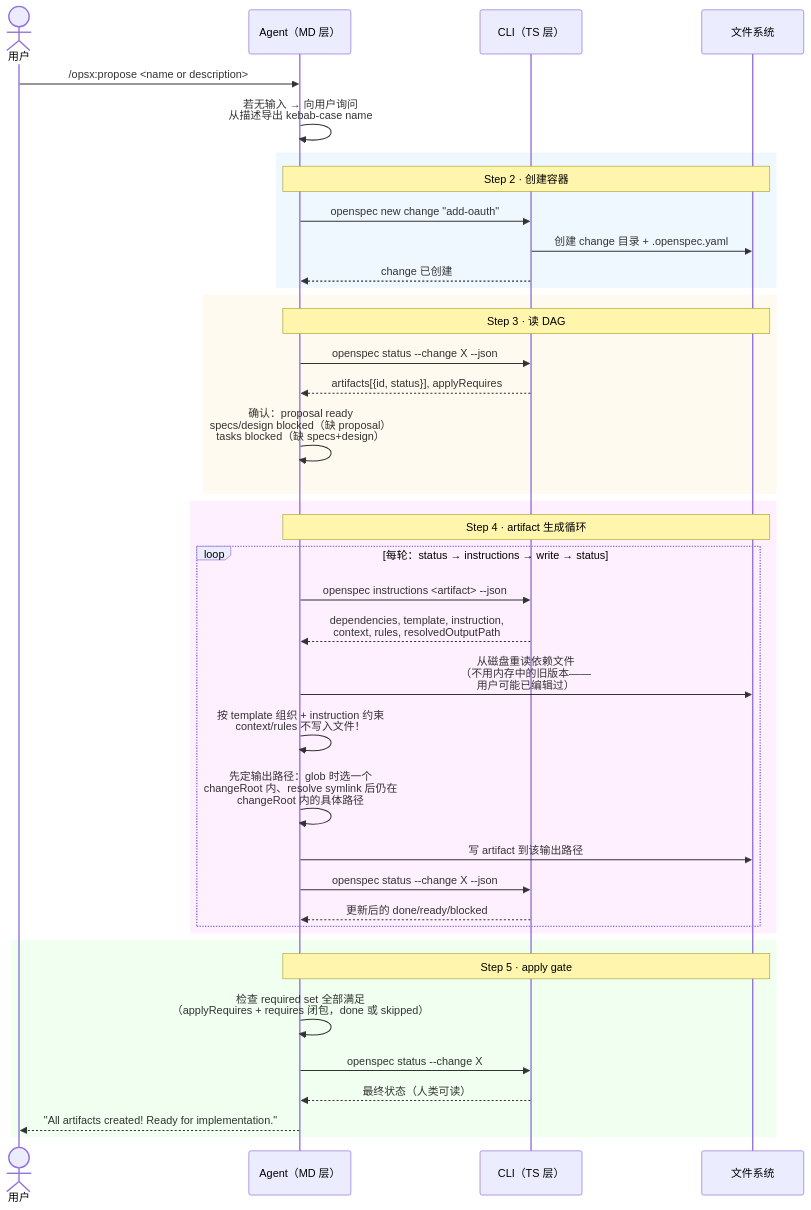
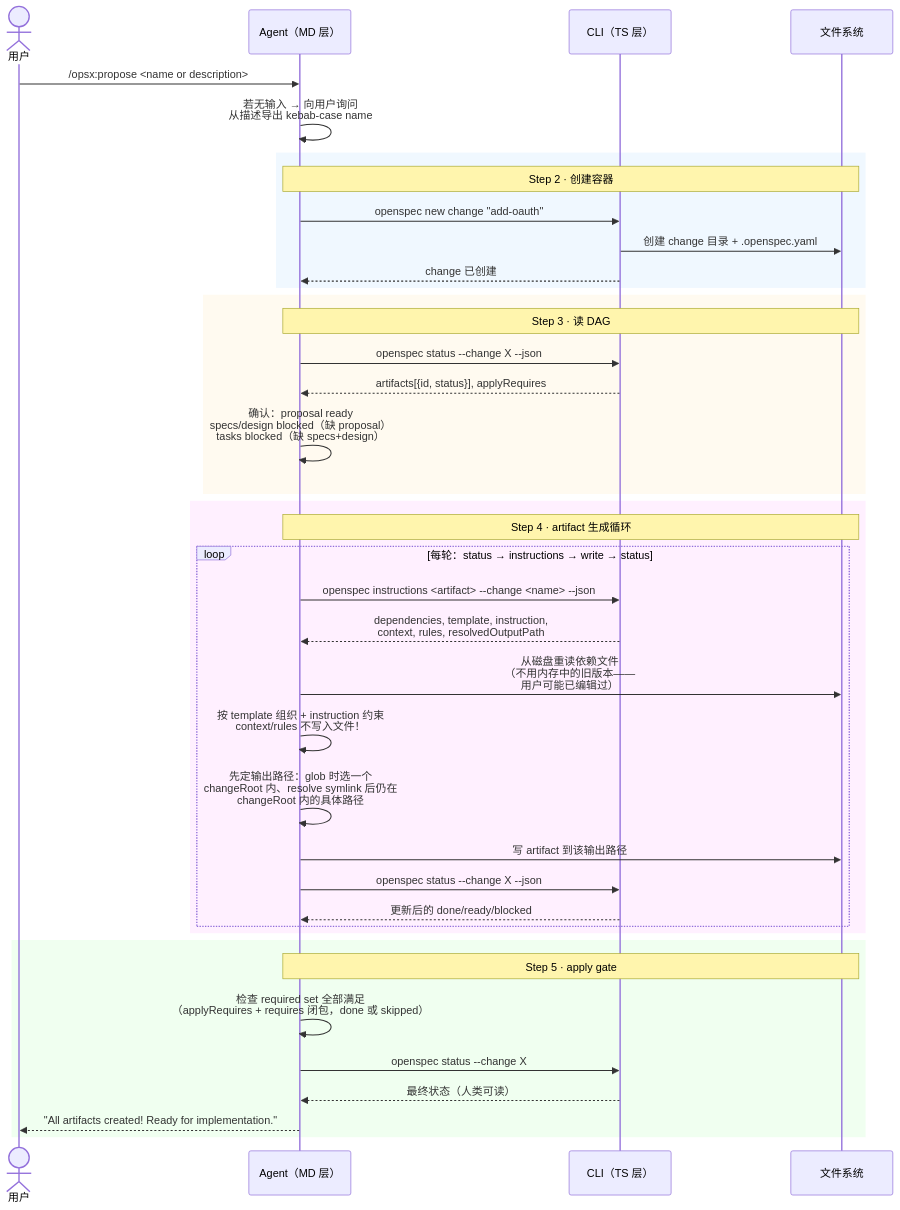
Before and after one commit to ethan-jiang-3/OpenSpec: the diagram in _digested/workflows/02-propose.md, drawn with Mermaid. The commit also changed 26 other files, not shown here.

Commit message:
docs(round3): 修正全局配置路径(数据目录≠配置目录、.yaml→.json)；status/instructions 的 --change 必填漏写（agent 协议 6 条命令中 4 条照抄必错）；openspec schemas/templates 不是命令；补 config path/get/unset/reset 与 --code-workspace

````diff
--- a/_digested/workflows/02-propose.md
+++ b/_digested/workflows/02-propose.md
@@ -40,46 +40,46 @@
 ```mermaid
 sequenceDiagram
     actor User as 用户
     participant MD as Agent（MD 层）
     participant TS as CLI（TS 层）
     participant FS as 文件系统
 
     User->>MD: /opsx:propose <name or description>
     MD->>MD: 若无输入 → 向用户询问<br/>从描述导出 kebab-case name
 
     rect rgb(240, 248, 255)
         Note over MD,FS: Step 2 · 创建容器
         MD->>TS: openspec new change "add-oauth"
         TS->>FS: 创建 change 目录 + .openspec.yaml
         TS-->>MD: change 已创建
     end
 
     rect rgb(255, 250, 240)
         Note over MD,FS: Step 3 · 读 DAG
         MD->>TS: openspec status --change X --json
         TS-->>MD: artifacts[{id, status}], applyRequires
         MD->>MD: 确认：proposal ready<br/>specs/design blocked（缺 proposal）<br/>tasks blocked（缺 specs+design）
     end
 
     rect rgb(255, 240, 255)
         Note over MD,FS: Step 4 · artifact 生成循环
         loop 每轮：status → instructions → write → status
-            MD->>TS: openspec instructions <artifact> --json
+            MD->>TS: openspec instructions <artifact> --change <name> --json
             TS-->>MD: dependencies, template, instruction,<br/>context, rules, resolvedOutputPath
             MD->>FS: 从磁盘重读依赖文件<br/>（不用内存中的旧版本——<br/>用户可能已编辑过）
             MD->>MD: 按 template 组织 + instruction 约束<br/>context/rules 不写入文件！
             MD->>MD: 先定输出路径：glob 时选一个<br/>changeRoot 内、resolve symlink 后仍在<br/>changeRoot 内的具体路径
             MD->>FS: 写 artifact 到该输出路径
             MD->>TS: openspec status --change X --json
             TS-->>MD: 更新后的 done/ready/blocked
         end
     end
 
     rect rgb(240, 255, 240)
         Note over MD,FS: Step 5 · apply gate
         MD->>MD: 检查 required set 全部满足<br/>（applyRequires + requires 闭包，done 或 skipped）
         MD->>TS: openspec status --change X
         TS-->>MD: 最终状态（人类可读）
         MD-->>User: "All artifacts created! Ready for implementation."
     end
 ```
````
